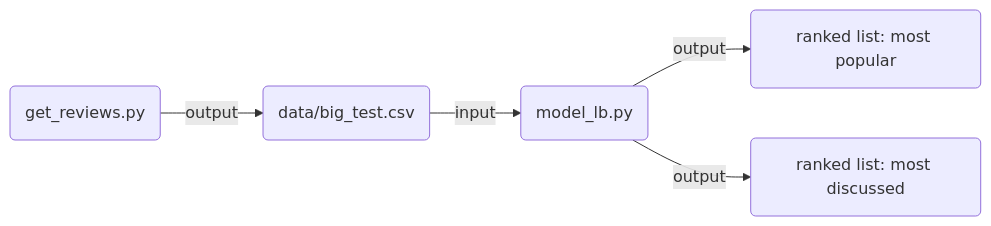
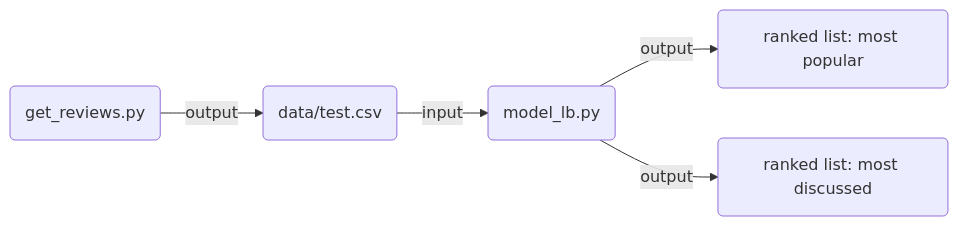
One commit to alivabernali/MovieRekomendr changed the diagram in README.md. Above: the diagram before and after it, drawn with Mermaid.

````diff
--- a/README.md
+++ b/README.md
@@ -18,4 +18,4 @@
 ```mermaid
 graph LR
-A(get_reviews.py)-->|output| B(data/big_test.csv)-->|input| C(model_lb.py)-->|output| D(ranked list: most popular) & E(ranked list: most discussed)
+A(get_reviews.py)-->|output| B(data/test.csv)-->|input| C(model_lb.py)-->|output| D(ranked list: most popular) & E(ranked list: most discussed)
 ```
````
